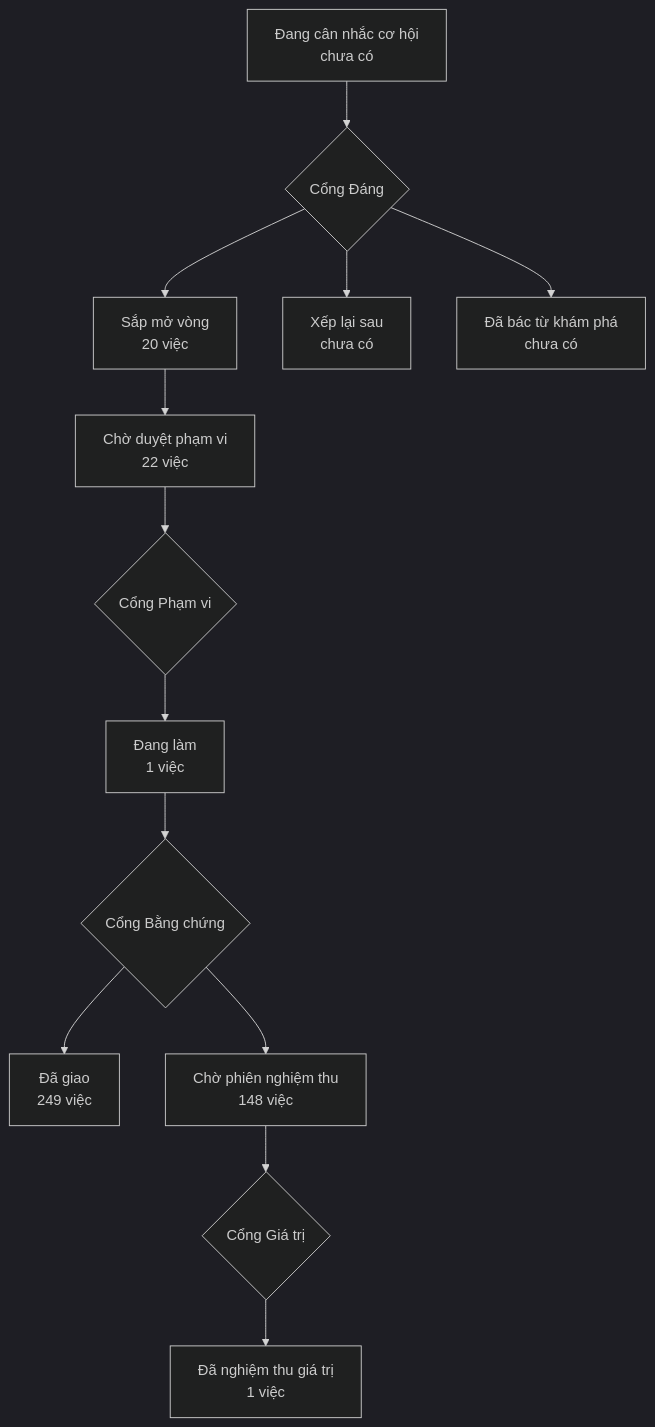
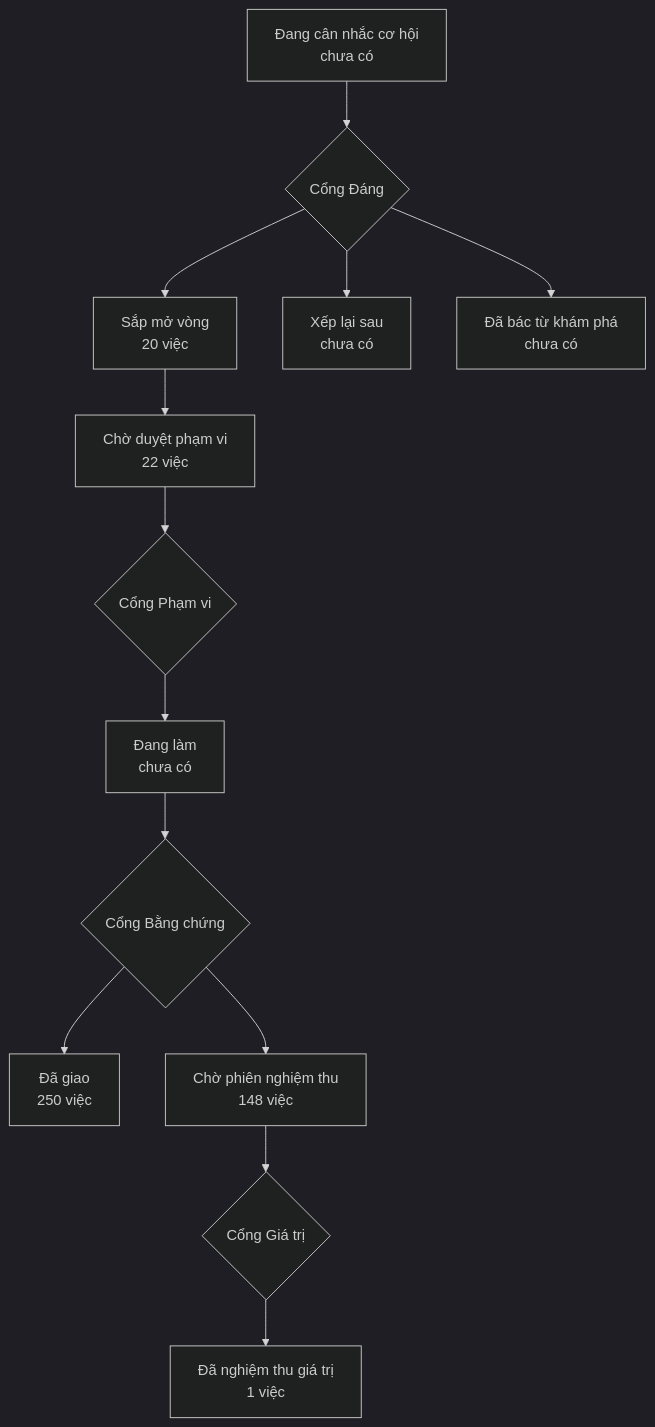
Before and after one commit to phanlemanh/onehub-invest: the diagram in PRODUCT-MAP.md, drawn with Mermaid (dark theme). The commit also changed other lines of this file and 3 other files, not shown here.

````diff
--- a/PRODUCT-MAP.md
+++ b/PRODUCT-MAP.md
@@ -7,12 +7,12 @@
 ```mermaid
 flowchart TD
   A["Đang cân nhắc cơ hội<br/>chưa có"] --> GD{"Cổng Đáng"}
   GD --> B["Sắp mở vòng<br/>20 việc"]
   GD --> XL["Xếp lại sau<br/>chưa có"]
   GD --> DB["Đã bác từ khám phá<br/>chưa có"]
   B --> CD["Chờ duyệt phạm vi<br/>22 việc"] --> GP{"Cổng Phạm vi"}
-  GP --> DL["Đang làm<br/>1 việc"] --> GB{"Cổng Bằng chứng"}
-  GB --> DG["Đã giao<br/>249 việc"]
+  GP --> DL["Đang làm<br/>chưa có"] --> GB{"Cổng Bằng chứng"}
+  GB --> DG["Đã giao<br/>250 việc"]
   GB --> CN["Chờ phiên nghiệm thu<br/>148 việc"] --> GG{"Cổng Giá trị"}
   GG --> NT["Đã nghiệm thu giá trị<br/>1 việc"]
 ```
````
